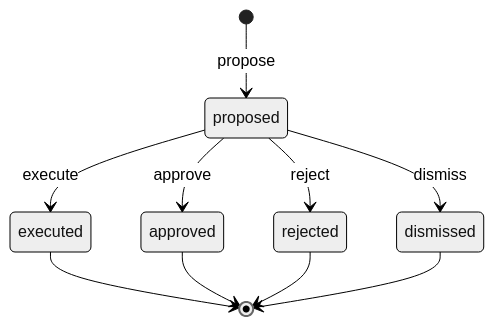
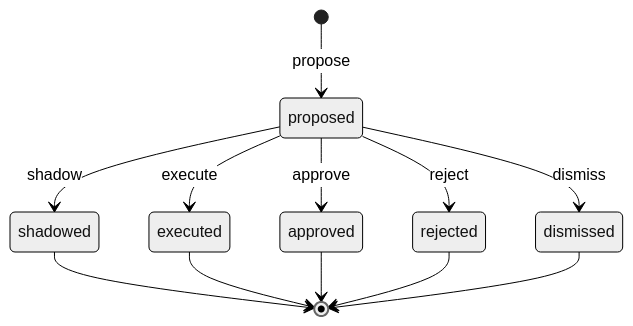
One commit to techaust/shakti_prime changed the diagram in docs/state-machines/agent-action.md. Above: the diagram before and after it, drawn with Mermaid (neutral theme). The commit also changed other lines of this file and 18 other files, not shown here.

````diff
--- a/docs/state-machines/agent-action.md
+++ b/docs/state-machines/agent-action.md
@@ -43,12 +46,14 @@
 ```mermaid
 stateDiagram-v2
   [*] --> proposed : propose
+  proposed --> shadowed : shadow
   proposed --> executed : execute
   proposed --> approved : approve
   proposed --> rejected : reject
   proposed --> dismissed : dismiss
+  shadowed --> [*]
   executed --> [*]
   approved --> [*]
   rejected --> [*]
   dismissed --> [*]
 ```
````
